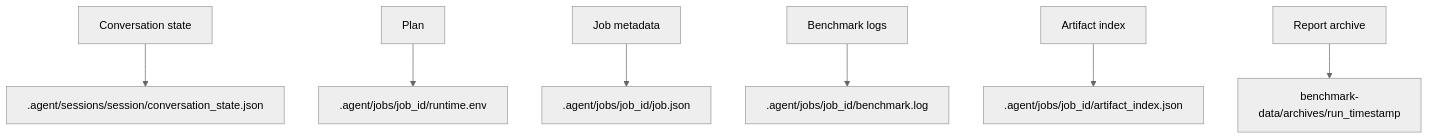
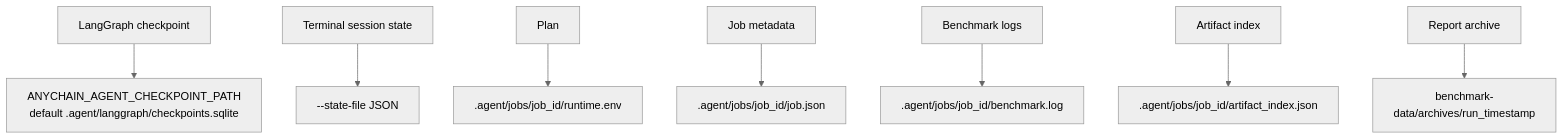
One commit to StayHungryStayFoolish/AnyChainBenchmarkAgent changed the third of 3 diagrams in docs/en/adk-agent-architecture.md. Above: the diagram before and after it, drawn with Mermaid (neutral theme). The commit also changed other lines of this file and 458 other files, not shown here.

````diff
--- a/docs/en/adk-agent-architecture.md
+++ b/docs/en/adk-agent-architecture.md
@@ -96,9 +490,10 @@
 ```mermaid
 flowchart TD
-  C["Conversation state"] --> S[".agent/sessions/session/conversation_state.json"]
+  C["LangGraph checkpoint"] --> S["ANYCHAIN_AGENT_CHECKPOINT_PATH<br/>default .agent/langgraph/checkpoints.sqlite"]
+  T["Terminal session state"] --> TS["--state-file JSON"]
   P["Plan"] --> E[".agent/jobs/job_id/runtime.env"]
   J["Job metadata"] --> M[".agent/jobs/job_id/job.json"]
   L["Benchmark logs"] --> LOG[".agent/jobs/job_id/benchmark.log"]
   A["Artifact index"] --> IDX[".agent/jobs/job_id/artifact_index.json"]
   R["Report archive"] --> REP["benchmark-data/archives/run_timestamp"]
 ```
````
